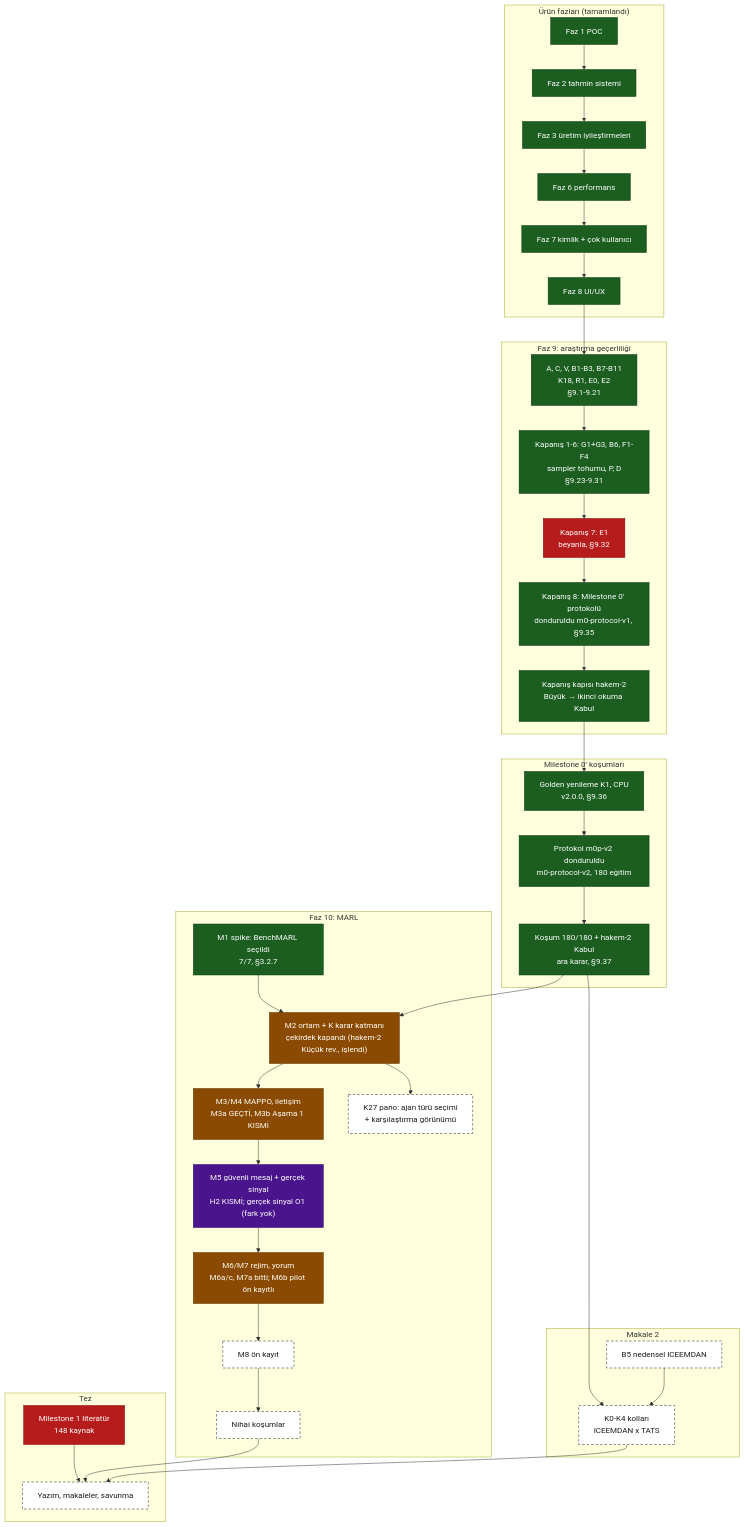
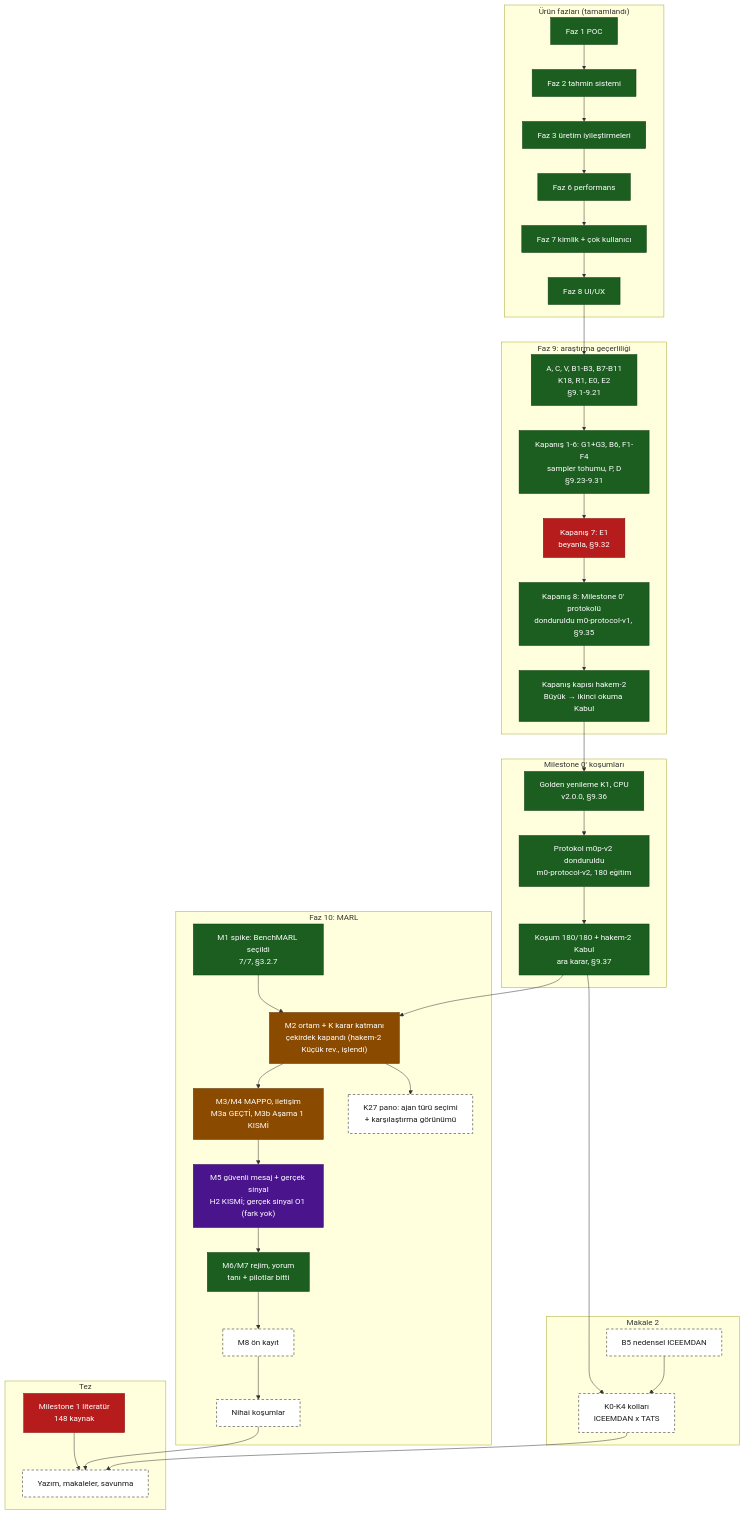
The second of 2 diagrams in docs/development/system-map.md (softdevcan/RL-Trading-Project), drawn with Mermaid before and after one commit. The commit also changed other lines of this file and 5 other files, not shown here.

````diff
--- a/docs/development/system-map.md
+++ b/docs/development/system-map.md
@@ -112,63 +112,63 @@
 ```mermaid
 flowchart TB
   classDef done fill:#1b5e20,stroke:#0b3d10,color:#ffffff
   classDef partial fill:#b71c1c,stroke:#7f0000,color:#ffffff
   classDef active fill:#8a4b00,stroke:#5a3000,color:#ffffff
   classDef decision fill:#4a148c,stroke:#2a0060,color:#ffffff
   classDef planned fill:#ffffff,stroke:#1a1a1a,stroke-dasharray:5 4,color:#1a1a1a
 
   subgraph URUN["Ürün fazları (tamamlandı)"]
     F1["Faz 1 POC"]:::done
     F2["Faz 2 tahmin sistemi"]:::done
     F3["Faz 3 üretim iyileştirmeleri"]:::done
     F6["Faz 6 performans"]:::done
     F7["Faz 7 kimlik + çok kullanıcı"]:::done
     F8["Faz 8 UI/UX"]:::done
   end
 
   subgraph F9["Faz 9: araştırma geçerliliği"]
     P9A["A, C, V, B1-B3, B7-B11<br/>K18, R1, E0, E2<br/>§9.1-9.21"]:::done
     P9B["Kapanış 1-6: G1+G3, B6, F1-F4<br/>sampler tohumu, P, D<br/>§9.23-9.31"]:::done
     P9E["Kapanış 7: E1<br/>beyanla, §9.32"]:::partial
     P9M["Kapanış 8: Milestone 0' protokolü<br/>donduruldu m0-protocol-v1, §9.35"]:::done
     H2["Kapanış kapısı hakem-2<br/>Büyük → ikinci okuma Kabul"]:::done
   end
 
   subgraph M0["Milestone 0' koşumları"]
     GOLD["Golden yenileme K1, CPU<br/>v2.0.0, §9.36"]:::done
     PRE["Protokol m0p-v2 donduruldu<br/>m0-protocol-v2, 180 eğitim"]:::done
     FIN["Koşum 180/180 + hakem-2 Kabul<br/>ara karar, §9.37"]:::done
   end
 
   subgraph M2P["Makale 2"]
     B5["B5 nedensel ICEEMDAN"]:::planned
     K0K4["K0-K4 kolları<br/>ICEEMDAN x TATS"]:::planned
   end
 
   subgraph F10["Faz 10: MARL"]
     M1["M1 spike: BenchMARL seçildi<br/>7/7, §3.2.7"]:::done
     M2["M2 ortam + K karar katmanı<br/>çekirdek kapandı (hakem-2 Küçük rev., işlendi)"]:::active
     M34["M3/M4 MAPPO, iletişim<br/>M3a GEÇTİ, M3b Aşama 1 KISMİ"]:::active
     M5["M5 güvenli mesaj + gerçek sinyal<br/>H2 KISMİ; gerçek sinyal O1 (fark yok)"]:::decision
-    M67["M6/M7 rejim, yorum<br/>M6a/c, M7a bitti; M6b pilot ön kayıtlı"]:::active
+    M67["M6/M7 rejim, yorum<br/>tanı + pilotlar bitti"]:::done
     M8["M8 ön kayıt"]:::planned
     FINAL["Nihai koşumlar"]:::planned
     K27["K27 pano: ajan türü seçimi<br/>+ karşılaştırma görünümü"]:::planned
   end
 
   subgraph TEZ["Tez"]
     T1["Milestone 1 literatür<br/>148 kaynak"]:::partial
     T4["Yazım, makaleler, savunma"]:::planned
   end
 
   F1 --> F2 --> F3 --> F6 --> F7 --> F8 --> P9A --> P9B --> P9E --> P9M --> H2
   H2 --> GOLD --> PRE --> FIN
   FIN --> K0K4
   B5 --> K0K4
   M1 --> M2
   FIN --> M2 --> M34 --> M5 --> M67 --> M8 --> FINAL
   M2 --> K27
   T1 --> T4
   FINAL --> T4
   K0K4 --> T4
 ```
````
